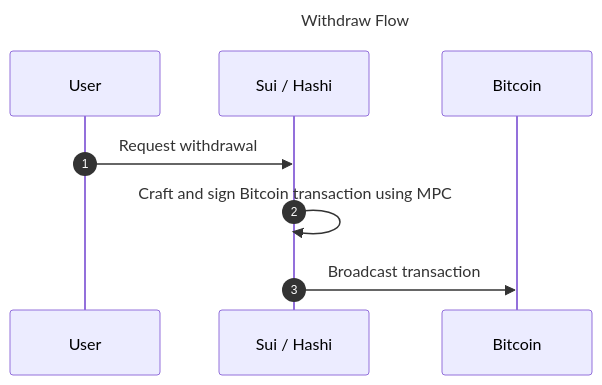
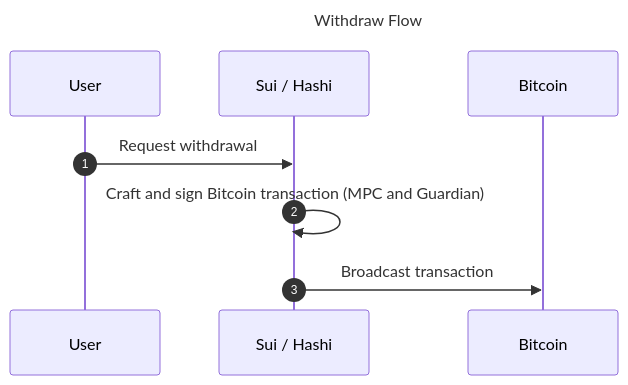
One commit to MystenLabs/hashi changed the second of 2 diagrams in design/docs/user-flows.mdx. Above: the diagram before and after it, drawn with Mermaid. The commit also changed other lines of this file and 10 other files, not shown here.

````diff
--- a/design/docs/user-flows.mdx
+++ b/design/docs/user-flows.mdx
@@ -149,18 +156,18 @@
 ```mermaid
 ---
 title: Withdraw Flow
 config:
   sequence:
     diagramMarginX: 0
 ---
 sequenceDiagram
     autonumber
 
     participant User
     participant Hashi as Sui / Hashi
     participant Bitcoin
 
     User    ->>     Hashi:   Request withdrawal
-    Hashi   ->>     Hashi:   Craft and sign Bitcoin transaction using MPC
+    Hashi   ->>     Hashi:   Craft and sign Bitcoin transaction (MPC and Guardian)
     Hashi   ->>     Bitcoin: Broadcast transaction
 ```
````
